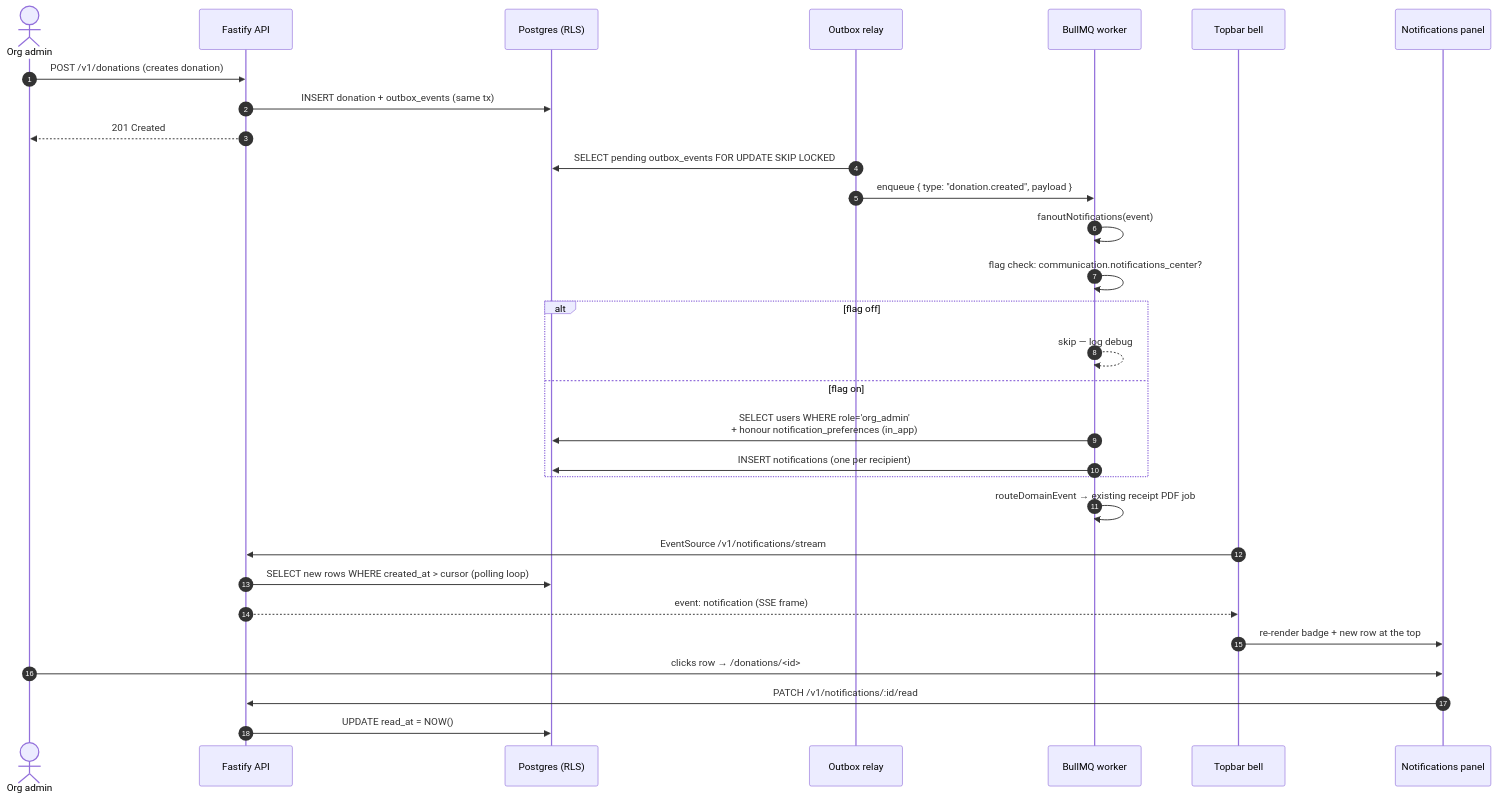
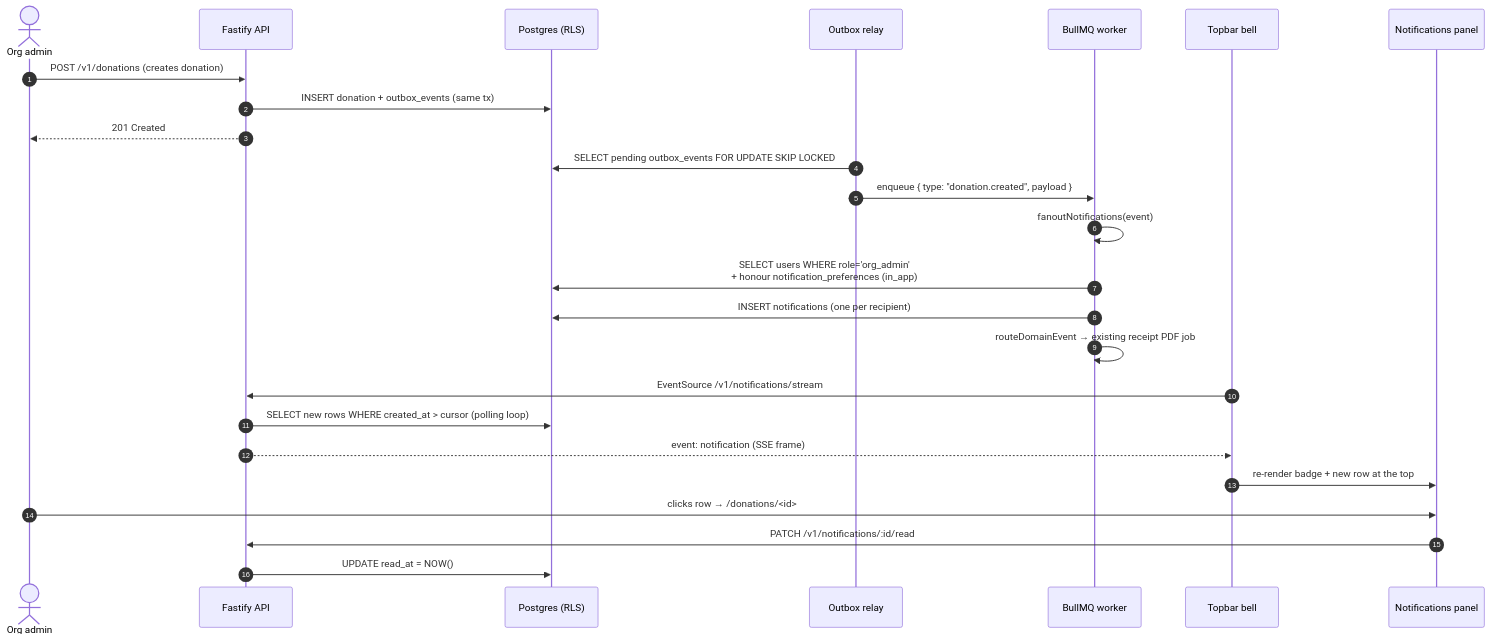
The first of 3 diagrams in docs/27-notifications.md (purposestack/givernance), drawn with Mermaid before and after one commit. The commit also changed other lines of this file and 59 other files, not shown here.

````diff
--- a/docs/27-notifications.md
+++ b/docs/27-notifications.md
@@ -31,33 +31,28 @@
 ```mermaid
 sequenceDiagram
   autonumber
   actor Operator as Org admin
   participant API as Fastify API
   participant DB as Postgres (RLS)
   participant Relay as Outbox relay
   participant Worker as BullMQ worker
   participant Bell as Topbar bell
   participant Panel as Notifications panel
 
   Operator->>API: POST /v1/donations (creates donation)
   API->>DB: INSERT donation + outbox_events (same tx)
   API-->>Operator: 201 Created
   Relay->>DB: SELECT pending outbox_events FOR UPDATE SKIP LOCKED
   Relay->>Worker: enqueue { type: "donation.created", payload }
   Worker->>Worker: fanoutNotifications(event)
-  Worker->>Worker: flag check: communication.notifications_center?
-  alt flag off
-    Worker-->>Worker: skip — log debug
-  else flag on
-    Worker->>DB: SELECT users WHERE role='org_admin'<br/>+ honour notification_preferences (in_app)
-    Worker->>DB: INSERT notifications (one per recipient)
-  end
+  Worker->>DB: SELECT users WHERE role='org_admin'<br/>+ honour notification_preferences (in_app)
+  Worker->>DB: INSERT notifications (one per recipient)
   Worker->>Worker: routeDomainEvent → existing receipt PDF job
   Bell->>API: EventSource /v1/notifications/stream
   API->>DB: SELECT new rows WHERE created_at > cursor (polling loop)
   API-->>Bell: event: notification (SSE frame)
   Bell->>Panel: re-render badge + new row at the top
   Operator->>Panel: clicks row → /donations/<id>
   Panel->>API: PATCH /v1/notifications/:id/read
   API->>DB: UPDATE read_at = NOW()
 ```
````
